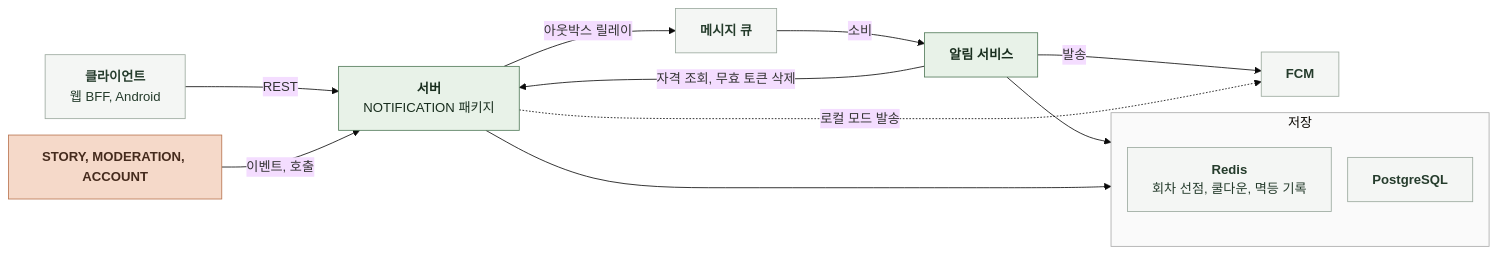
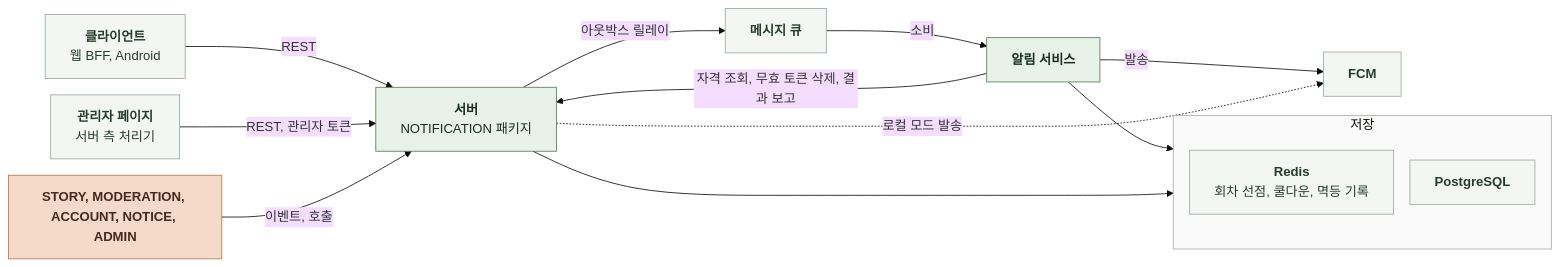
Before and after one commit to KIM-N-KANG/knk-harness: the diagram in docs/domain/NOTIFICATION/BACKEND/3-1-SOFTWARE-ARCHITECTURE.md, drawn with Mermaid (base theme). The commit also changed other lines of this file and 128 other files, not shown here.

First line of the commit message:
[KNK-1728] Docs: 관리자 페이지 스펙 (#416)

````diff
--- a/docs/domain/NOTIFICATION/BACKEND/3-1-SOFTWARE-ARCHITECTURE.md
+++ b/docs/domain/NOTIFICATION/BACKEND/3-1-SOFTWARE-ARCHITECTURE.md
@@ -21,28 +22,30 @@
 ```mermaid
 %%{init: {"flowchart": {"curve": "basis", "nodeSpacing": 20, "rankSpacing": 60}}}%%
 flowchart LR
     C["`**클라이언트**
 웹 BFF, Android`"] -->|REST| S["`**서버**
 NOTIFICATION 패키지`"]
-    O["`**STORY, MODERATION, ACCOUNT**`"] -->|이벤트, 호출| S
+    AP["`**관리자 페이지**
+서버 측 처리기`"] -->|REST, 관리자 토큰| S
+    O["`**STORY, MODERATION, ACCOUNT, NOTICE, ADMIN**`"] -->|이벤트, 호출| S
     S -->|아웃박스 릴레이| Q["`**메시지 큐**`"]
     Q -->|소비| N["`**알림 서비스**`"]
-    N -->|자격 조회, 무효 토큰 삭제| S
+    N -->|자격 조회, 무효 토큰 삭제, 결과 보고| S
     N -->|발송| F["`**FCM**`"]
     S -.->|로컬 모드 발송| F
     S --> ST
     N --> R
     subgraph ST["저장"]
         direction TB
         DB["`**PostgreSQL**`"]
         R["`**Redis**
 회차 선점, 쿨다운, 멱등 기록`"]
     end
     classDef ext fill:#F4F6F4,stroke:#9BA99E,color:#253C2C
     classDef comp fill:#E8F2E8,stroke:#527A59,color:#182D1D
     classDef task fill:#F5D9C9,stroke:#B97450,color:#452B1D
-    class C,Q,F,DB,R ext
+    class C,AP,Q,F,DB,R ext
     class S,N comp
     class O task
     style ST fill:#FAFAFA,stroke:#AAAAAA
 ```
````
